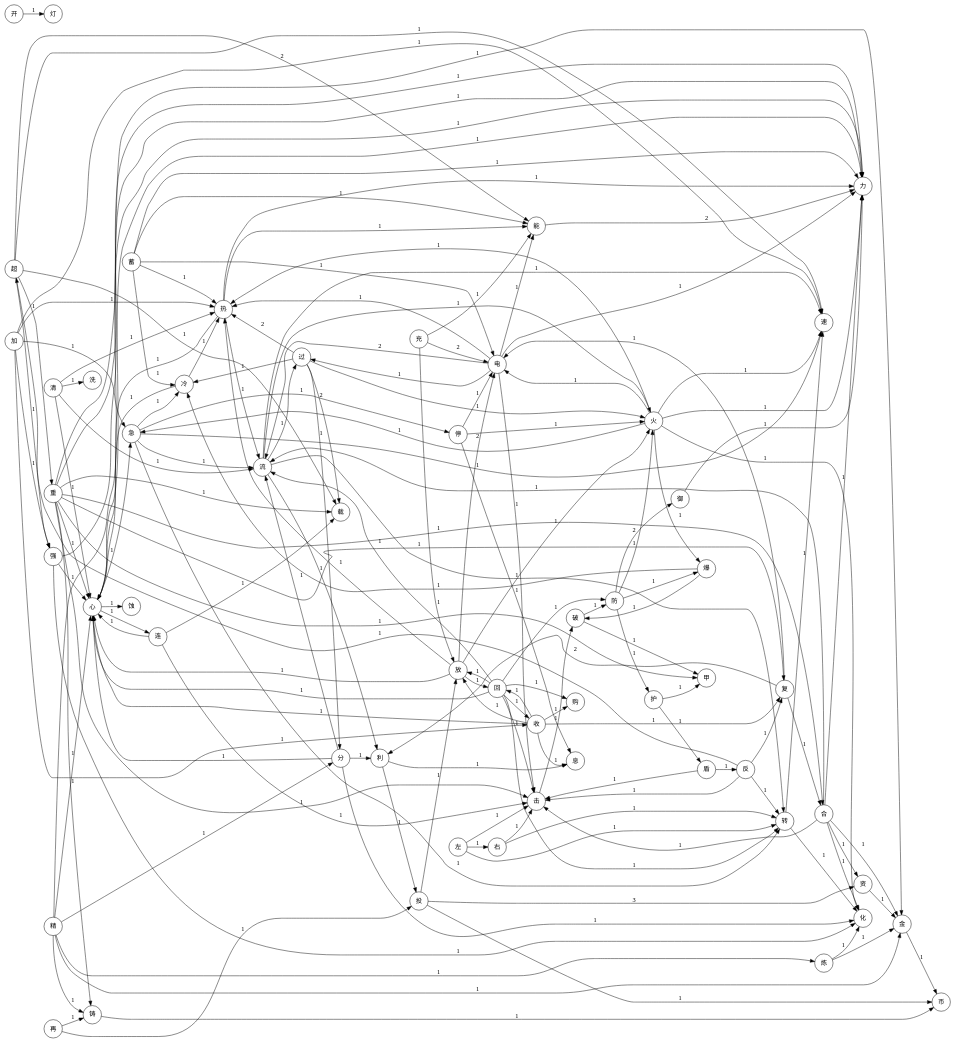
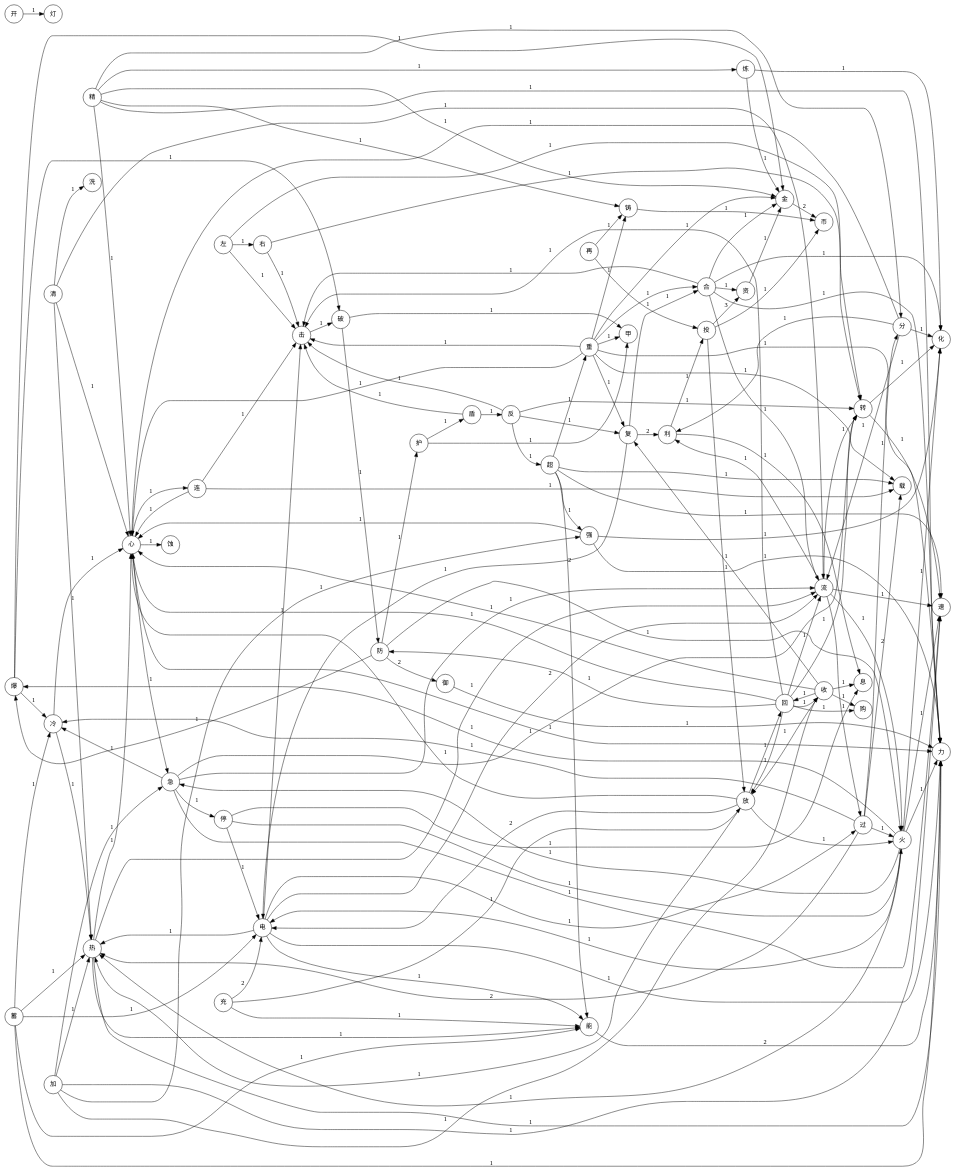
The diagram in docs/glyph_graph.dot (Doffin-azure/huoziluandou-contributions), drawn with Graphviz before and after one commit. The commit also changed 16 other files, not shown here.

```diff
--- a/docs/glyph_graph.dot
+++ b/docs/glyph_graph.dot
@@ -1,5 +1,8 @@
 digraph glyph_network {
   rankdir=LR; node [shape=circle, fontname="Noto Serif SC"];
+  "爆";
+  "金";
+  "币";
   "超";
   "能";
   "力";
@@ -25,7 +28,6 @@
   "流";
   "精";
   "铸";
-  "金";
   "转";
   "开";
   "灯";
@@ -43,18 +45,18 @@
   "护";
   "甲";
   "破";
-  "爆";
   "载";
   "购";
   "洗";
   "充";
   "停";
-  "币";
   "资";
   "投";
   "利";
   "炼";
   "再";
+  "爆" -> "金" [label="1"];
+  "金" -> "币" [label="2"];
   "超" -> "能" [label="2"];
   "能" -> "力" [label="2"];
   "超" -> "重" [label="1"];
@@ -174,7 +176,6 @@
   "爆" -> "破" [label="1"];
   "爆" -> "冷" [label="1"];
   "重" -> "载" [label="1"];
-  "金" -> "币" [label="1"];
   "合" -> "金" [label="1"];
   "铸" -> "币" [label="1"];
   "资" -> "金" [label="1"];
```
